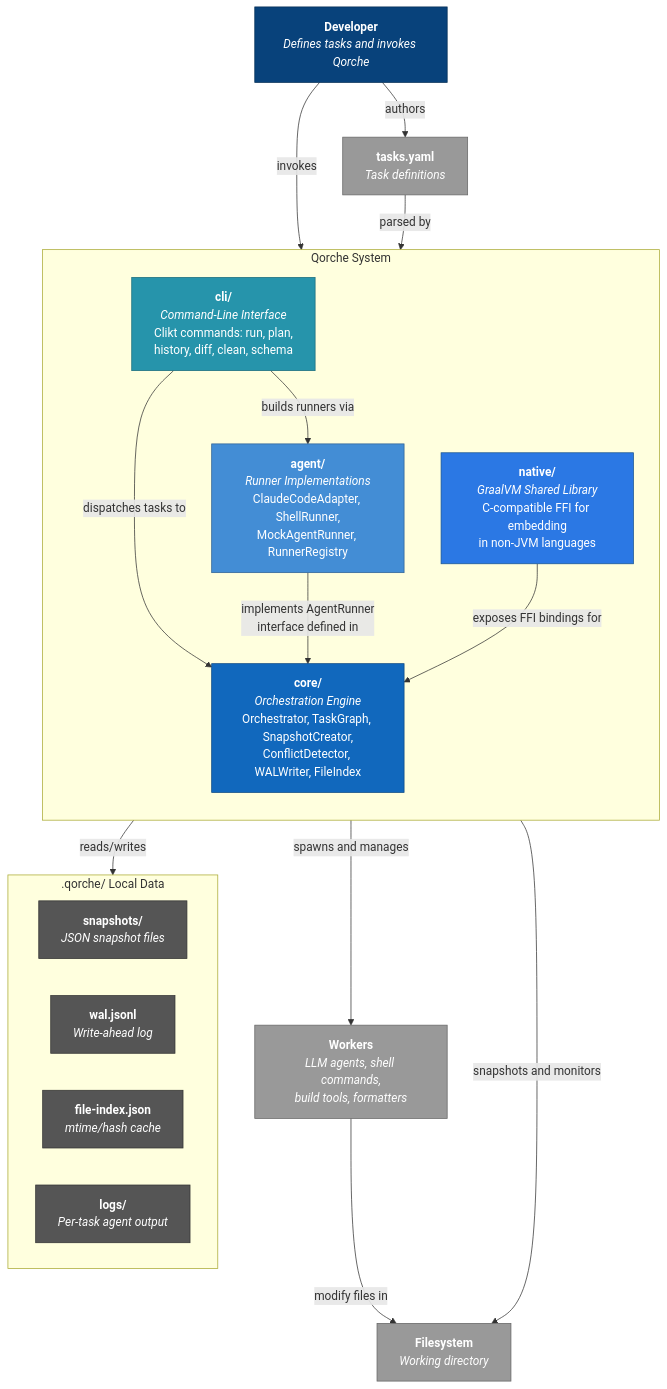
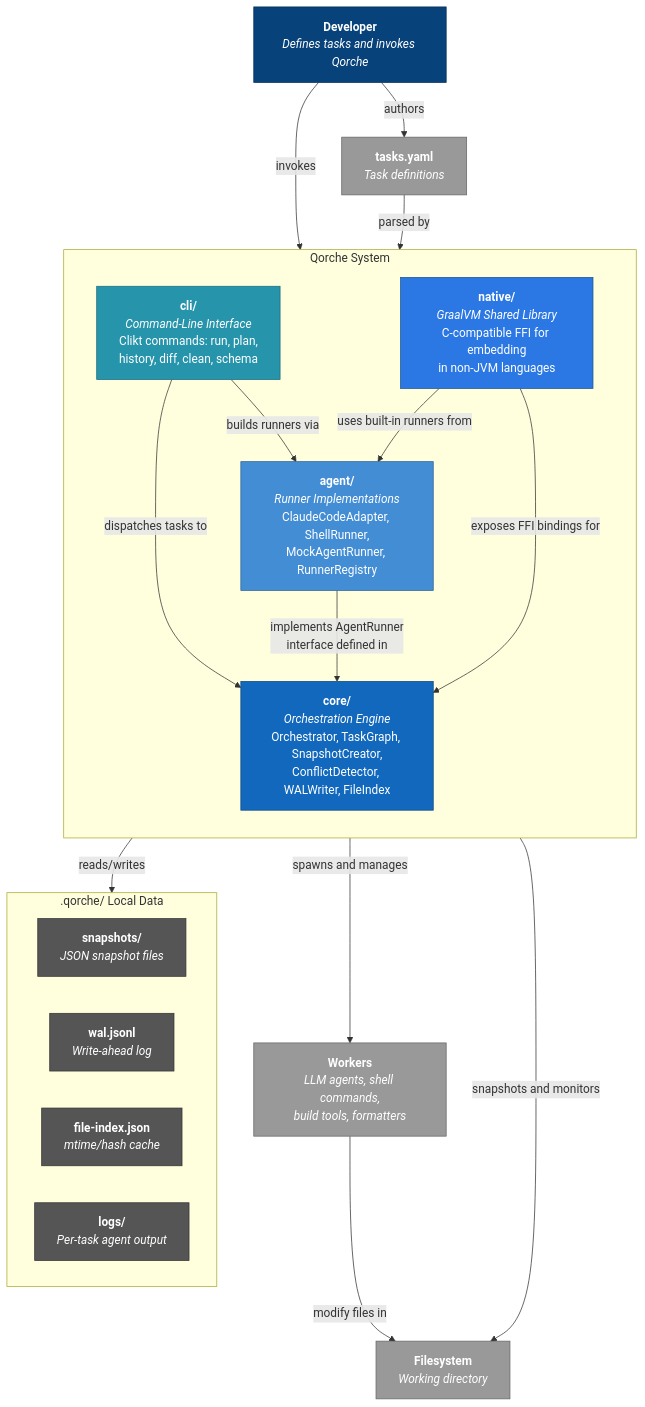
Before and after one commit to swatarianess/qorche: the second of 2 diagrams in README.md, drawn with Mermaid.

Commit message:
docs: show native/ dependency on agent/ in L2 diagram
FFI consumers need access to built-in runners (ClaudeCodeAdapter,
ShellRunner) not just the core orchestration engine.

````diff
--- a/README.md
+++ b/README.md
@@ -204,49 +204,50 @@
 ```mermaid
 graph TB
     classDef person fill:#08427b,stroke:#052e56,color:#fff
     classDef core fill:#1168bd,stroke:#0b4884,color:#fff
     classDef agent fill:#438dd5,stroke:#2e6295,color:#fff
     classDef cli fill:#2694ab,stroke:#1a6d7d,color:#fff
     classDef native fill:#2b78e4,stroke:#1a5591,color:#fff
     classDef external fill:#999,stroke:#666,color:#fff
     classDef store fill:#555,stroke:#333,color:#fff
 
     Dev["<b>Developer</b><br/><i>Defines tasks and invokes Qorche</i>"]:::person
 
     subgraph Qorche ["Qorche System"]
         direction TB
 
         CLI["<b>cli/</b><br/><i>Command-Line Interface</i><br/>Clikt commands: run, plan,<br/>history, diff, clean, schema"]:::cli
 
         Agent["<b>agent/</b><br/><i>Runner Implementations</i><br/>ClaudeCodeAdapter, ShellRunner,<br/>MockAgentRunner, RunnerRegistry"]:::agent
 
         Core["<b>core/</b><br/><i>Orchestration Engine</i><br/>Orchestrator, TaskGraph, SnapshotCreator,<br/>ConflictDetector, WALWriter, FileIndex"]:::core
 
         Native["<b>native/</b><br/><i>GraalVM Shared Library</i><br/>C-compatible FFI for embedding<br/>in non-JVM languages"]:::native
     end
 
     Workers["<b>Workers</b><br/><i>LLM agents, shell commands,<br/>build tools, formatters</i>"]:::external
 
     subgraph Storage [".qorche/ Local Data"]
         direction LR
         Snaps["<b>snapshots/</b><br/><i>JSON snapshot files</i>"]:::store
         WAL["<b>wal.jsonl</b><br/><i>Write-ahead log</i>"]:::store
         FIdx["<b>file-index.json</b><br/><i>mtime/hash cache</i>"]:::store
         Logs["<b>logs/</b><br/><i>Per-task agent output</i>"]:::store
     end
 
     FS["<b>Filesystem</b><br/><i>Working directory</i>"]:::external
     YAML["<b>tasks.yaml</b><br/><i>Task definitions</i>"]:::external
 
     Dev -->|"invokes"| CLI
     Dev -->|"authors"| YAML
     YAML -->|"parsed by"| CLI
     CLI -->|"dispatches tasks to"| Core
     CLI -->|"builds runners via"| Agent
     Agent -->|"implements AgentRunner<br/>interface defined in"| Core
     Agent -->|"spawns and manages"| Workers
     Native -->|"exposes FFI bindings for"| Core
+    Native -->|"uses built-in runners from"| Agent
     Core -->|"reads/writes"| Storage
     Core -->|"snapshots and monitors"| FS
     Workers -->|"modify files in"| FS
 ```
````
